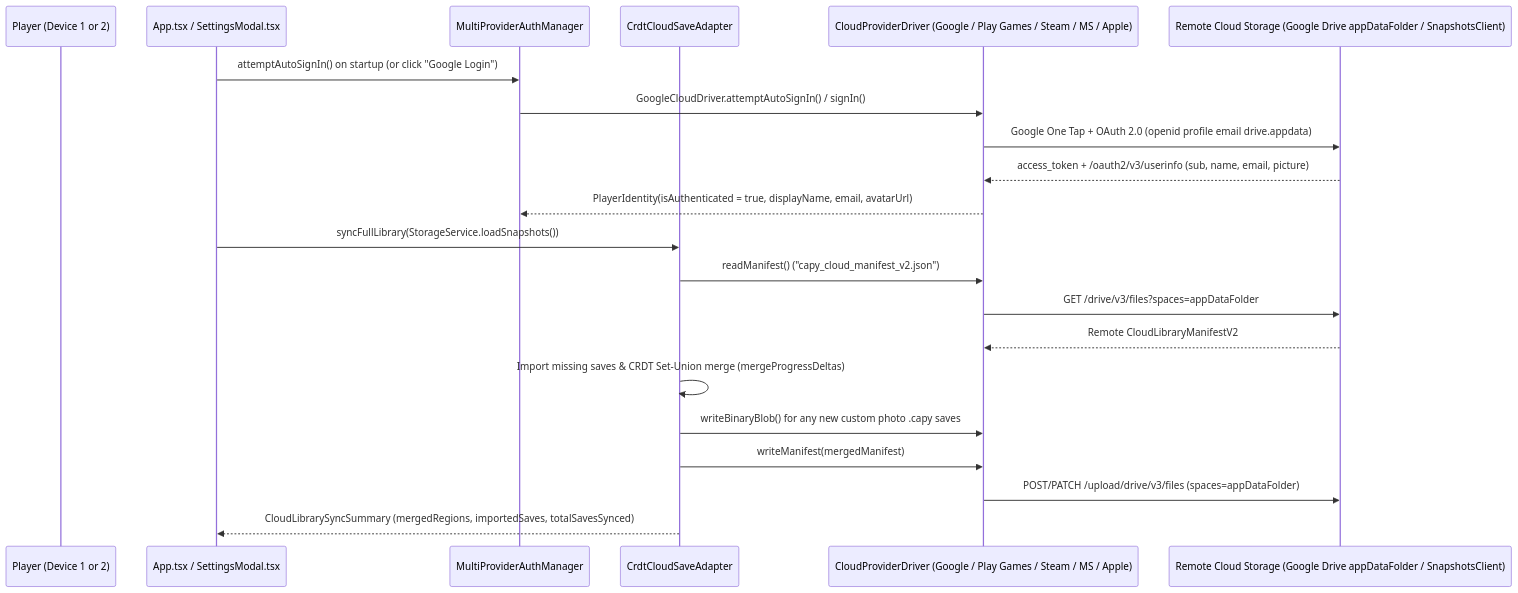
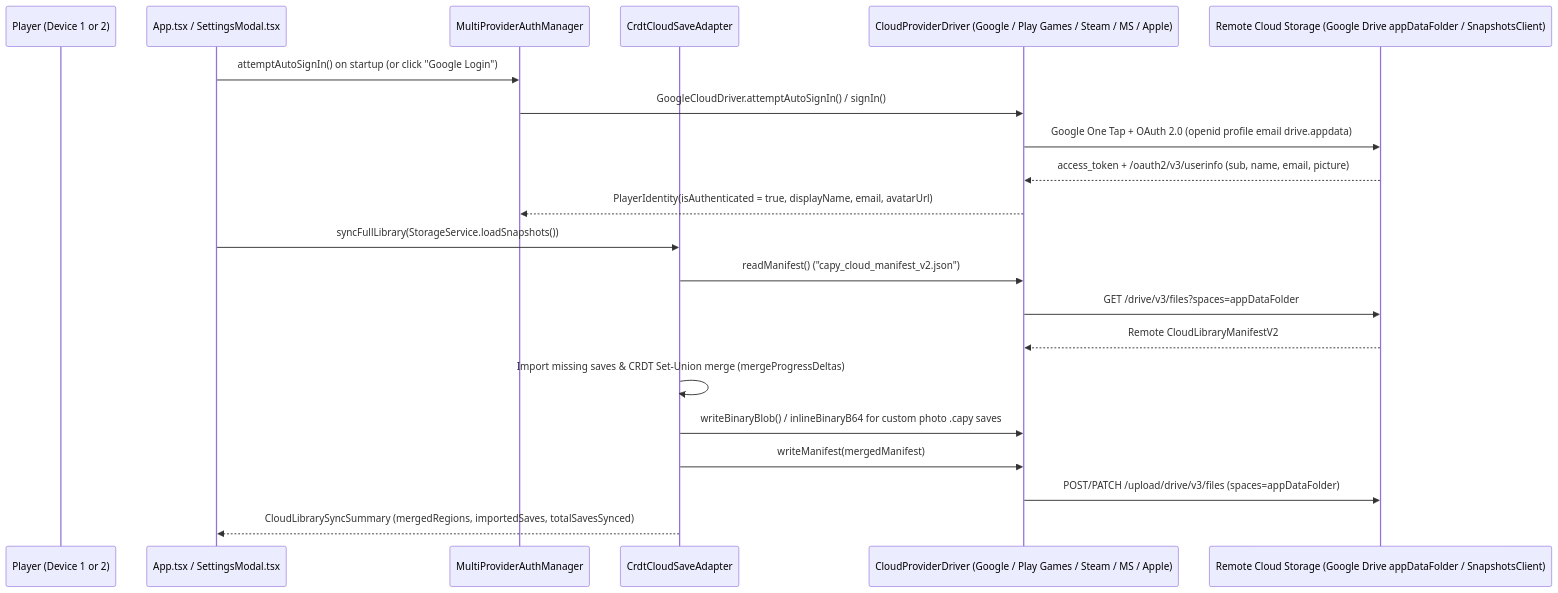
The first of 2 diagrams in CLOUD.md (shthed/capy), drawn with Mermaid before and after one commit. The commit also changed other lines of this file and 11 other files, not shown here.

````diff
--- a/CLOUD.md
+++ b/CLOUD.md
@@ -61,24 +78,24 @@
 ```mermaid
 sequenceDiagram
     participant User as Player (Device 1 or 2)
     participant UI as App.tsx / SettingsModal.tsx
     participant Auth as MultiProviderAuthManager
     participant Sync as CrdtCloudSaveAdapter
     participant Driver as CloudProviderDriver (Google / Play Games / Steam / MS / Apple)
     participant Cloud as Remote Cloud Storage (Google Drive appDataFolder / SnapshotsClient)
 
     UI->>Auth: attemptAutoSignIn() on startup (or click "Google Login")
     Auth->>Driver: GoogleCloudDriver.attemptAutoSignIn() / signIn()
     Driver->>Cloud: Google One Tap + OAuth 2.0 (openid profile email drive.appdata)
     Cloud-->>Driver: access_token + /oauth2/v3/userinfo (sub, name, email, picture)
     Driver-->>Auth: PlayerIdentity(isAuthenticated = true, displayName, email, avatarUrl)
     UI->>Sync: syncFullLibrary(StorageService.loadSnapshots())
     Sync->>Driver: readManifest() ("capy_cloud_manifest_v2.json")
     Driver->>Cloud: GET /drive/v3/files?spaces=appDataFolder
     Cloud-->>Driver: Remote CloudLibraryManifestV2
     Sync->>Sync: Import missing saves & CRDT Set-Union merge (mergeProgressDeltas)
-    Sync->>Driver: writeBinaryBlob() for any new custom photo .capy saves
+    Sync->>Driver: writeBinaryBlob() / inlineBinaryB64 for custom photo .capy saves
     Sync->>Driver: writeManifest(mergedManifest)
     Driver->>Cloud: POST/PATCH /upload/drive/v3/files (spaces=appDataFolder)
     Sync-->>UI: CloudLibrarySyncSummary (mergedRegions, importedSaves, totalSavesSynced)
 ```
````
